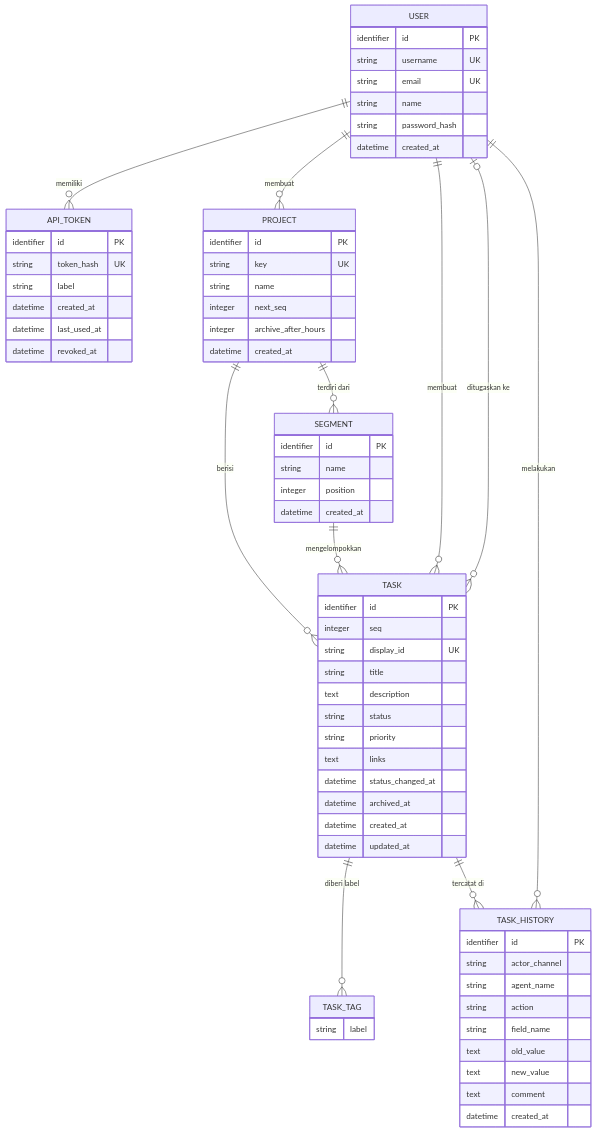
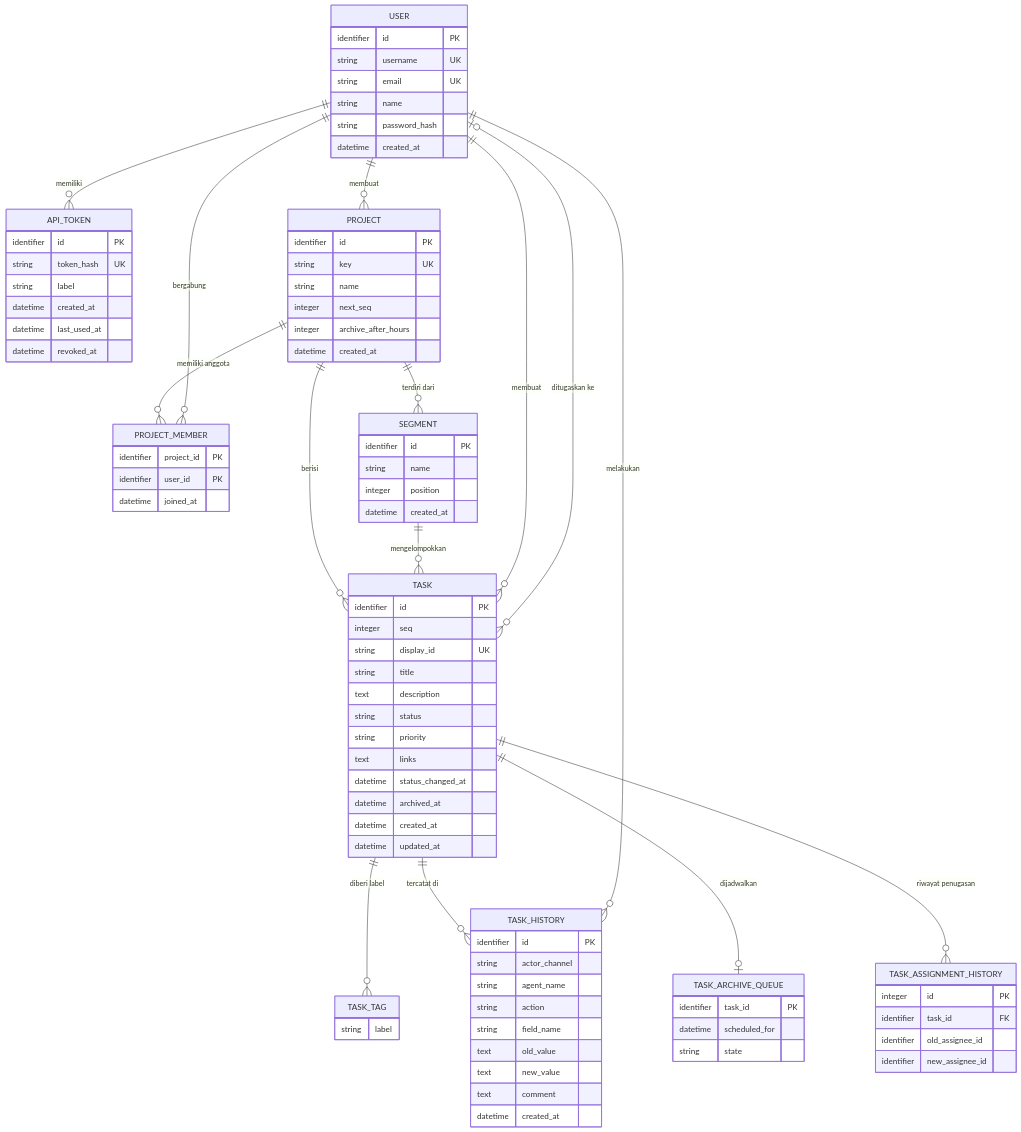
Before and after one commit to cielPh4nt0m/PBL-kelompok-4.-DoTo-: the first of 2 diagrams in docs/database.md, drawn with Mermaid. The commit also changed other lines of this file and 26 other files, not shown here.

````diff
--- a/docs/database.md
+++ b/docs/database.md
@@ -17,6 +18,8 @@
 erDiagram
     USER ||--o{ API_TOKEN : "memiliki"
     USER ||--o{ PROJECT : "membuat"
+    PROJECT ||--o{ PROJECT_MEMBER : "memiliki anggota"
+    USER ||--o{ PROJECT_MEMBER : "bergabung"
     PROJECT ||--o{ SEGMENT : "terdiri dari"
     PROJECT ||--o{ TASK : "berisi"
     SEGMENT ||--o{ TASK : "mengelompokkan"
@@ -25,6 +28,8 @@
     TASK ||--o{ TASK_TAG : "diberi label"
     TASK ||--o{ TASK_HISTORY : "tercatat di"
     USER ||--o{ TASK_HISTORY : "melakukan"
+    TASK ||--o| TASK_ARCHIVE_QUEUE : "dijadwalkan"
+    TASK ||--o{ TASK_ASSIGNMENT_HISTORY : "riwayat penugasan"
 
     USER {
         identifier id PK
@@ -84,4 +89,20 @@
         text comment
         datetime created_at
     }
+    PROJECT_MEMBER {
+        identifier project_id PK
+        identifier user_id PK
+        datetime joined_at
+    }
+    TASK_ARCHIVE_QUEUE {
+        identifier task_id PK
+        datetime scheduled_for
+        string state
+    }
+    TASK_ASSIGNMENT_HISTORY {
+        integer id PK
+        identifier task_id FK
+        identifier old_assignee_id
+        identifier new_assignee_id
+    }
 ```
````
